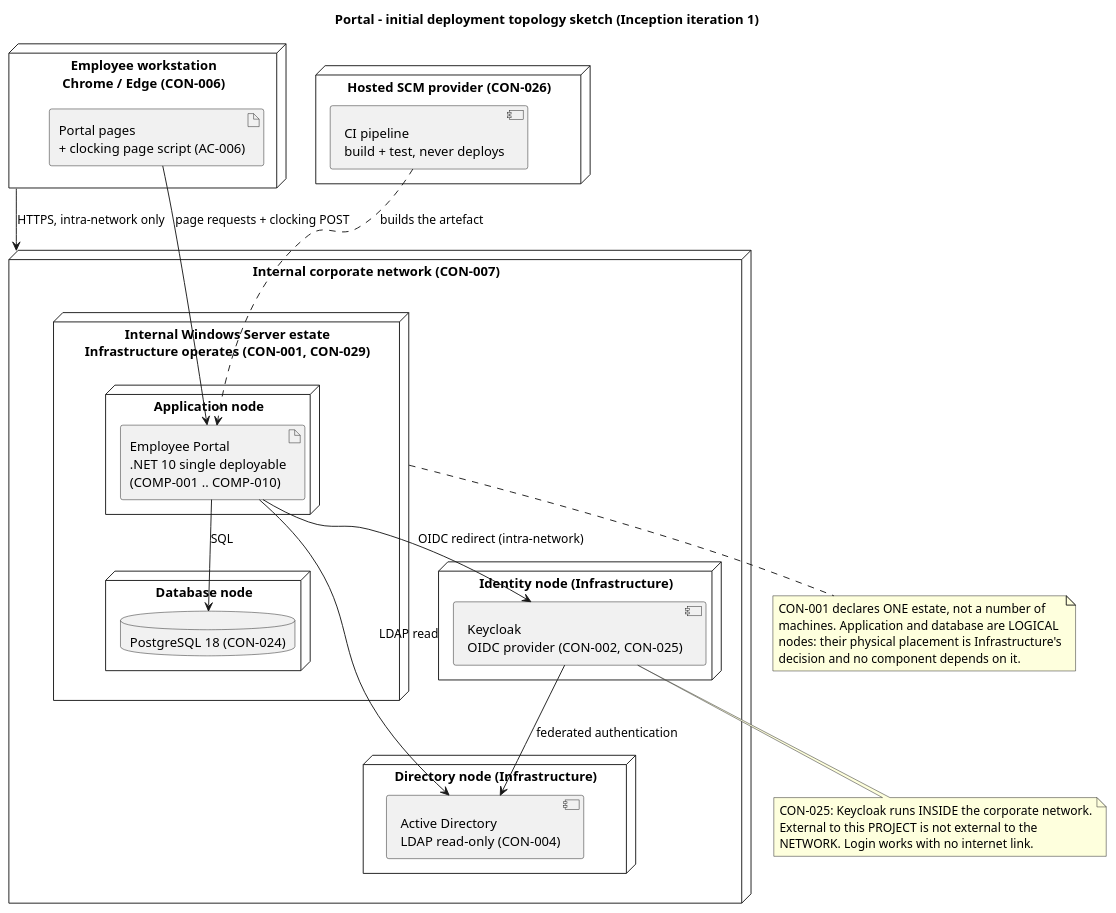
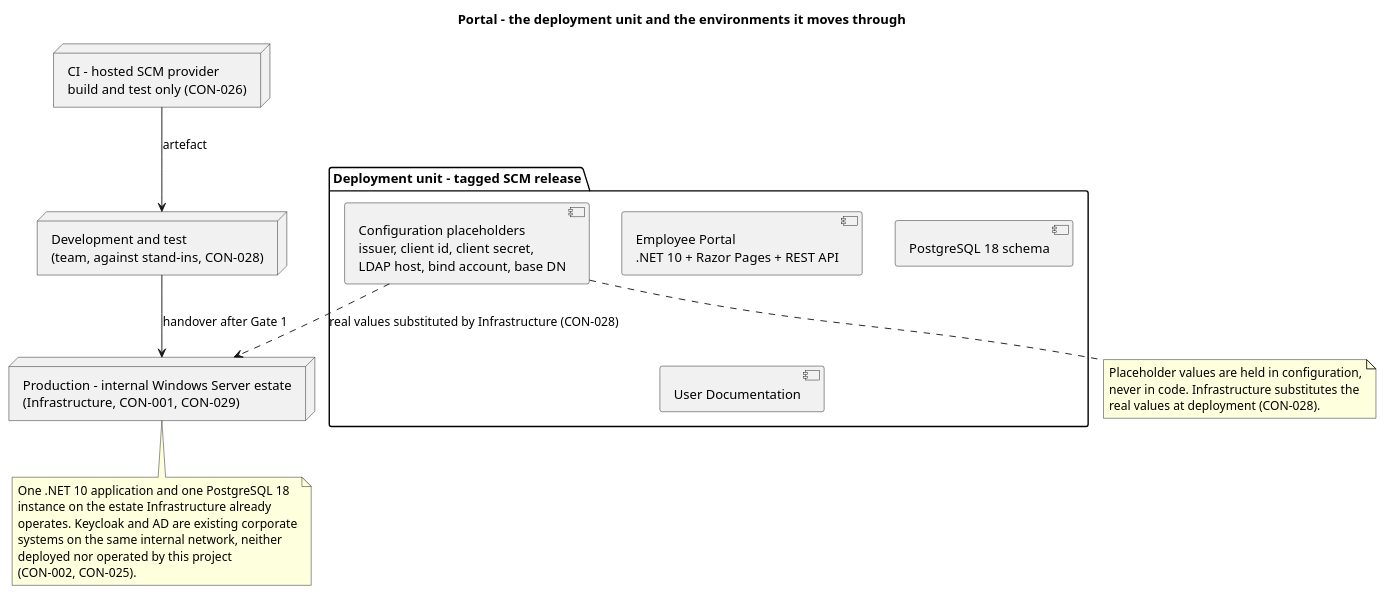
The first of 3 diagrams in docs/DEPLOYMENT_STRATEGY.md (banense-test/portal), drawn with PlantUML before and after one commit. The commit also changed other lines of this file, not shown here.

Commit message:
chore(dm): publish deployment strategy baseline (Inception iteration 2)

````diff
--- a/docs/DEPLOYMENT_STRATEGY.md
+++ b/docs/DEPLOYMENT_STRATEGY.md
@@ -79,51 +48,34 @@
 ```plantuml
-@startuml DM_Topology_Inception
-title Portal - initial deployment topology sketch (Inception iteration 1)
+@startuml DM_DeploymentUnit
+title Portal - the deployment unit and the environments it moves through
 
-node "Employee workstation\nChrome / Edge (CON-006)" as WS {
-  artifact "Portal pages\n+ clocking page script (AC-006)" as BROWSER
+package "Deployment unit - tagged SCM release" {
+  component "Employee Portal\n.NET 10 + Razor Pages + REST API" as APP
+  component "PostgreSQL 18 schema" as SCHEMA
+  component "Configuration placeholders\nissuer, client id, client secret,\nLDAP host, bind account, base DN" as CFG
+  component "User Documentation" as DOC
 }
 
-node "Internal corporate network (CON-007)" as NET {
-  node "Internal Windows Server estate\nInfrastructure operates (CON-001, CON-029)" as ESTATE {
-    node "Application node" as APPSRV {
-      artifact "Employee Portal\n.NET 10 single deployable\n(COMP-001 .. COMP-010)" as APP
-    }
-    node "Database node" as DBSRV {
-      database "PostgreSQL 18 (CON-024)" as PG
-    }
-  }
-  node "Identity node (Infrastructure)" as IDSRV {
-    component "Keycloak\nOIDC provider (CON-002, CON-025)" as KC
-  }
-  node "Directory node (Infrastructure)" as DIRSRV {
-    component "Active Directory\nLDAP read-only (CON-004)" as AD
-  }
-}
+node "Development and test\n(team, against stand-ins, CON-028)" as DEV
+node "CI - hosted SCM provider\nbuild and test only (CON-026)" as CI
+node "Production - internal Windows Server estate\n(Infrastructure, CON-001, CON-029)" as PROD
 
-node "Hosted SCM provider (CON-026)" as CI {
-  component "CI pipeline\nbuild + test, never deploys" as PIPE
-}
+CI --> DEV : artefact
+DEV --> PROD : handover after Gate 1
+CFG ..> PROD : real values substituted by Infrastructure (CON-028)
 
-WS --> NET : HTTPS, intra-network only
-BROWSER --> APP : page requests + clocking POST
-APP --> PG : SQL
-APP --> KC : OIDC redirect (intra-network)
-APP --> AD : LDAP read
-KC --> AD : federated authentication
-PIPE ..> APP : builds the artefact
-
-note bottom of ESTATE
-  CON-001 declares ONE estate, not a number of
-  machines. Application and database are LOGICAL
-  nodes: their physical placement is Infrastructure's
-  decision and no component depends on it.
+note bottom of CFG
+  Placeholder values are held in configuration,
+  never in code. Infrastructure substitutes the
+  real values at deployment (CON-028).
 end note
-
-note bottom of KC
-  CON-025: Keycloak runs INSIDE the corporate network.
-  External to this PROJECT is not external to the
-  NETWORK. Login works with no internet link.
+note bottom of PROD
+  One .NET 10 application and one PostgreSQL 18
+  instance on the estate Infrastructure already
+  operates. Keycloak and AD are existing corporate
+  systems on the same internal network, neither
+  deployed nor operated by this project
+  (CON-002, CON-025).
 end note
 @enduml
 ```
````
